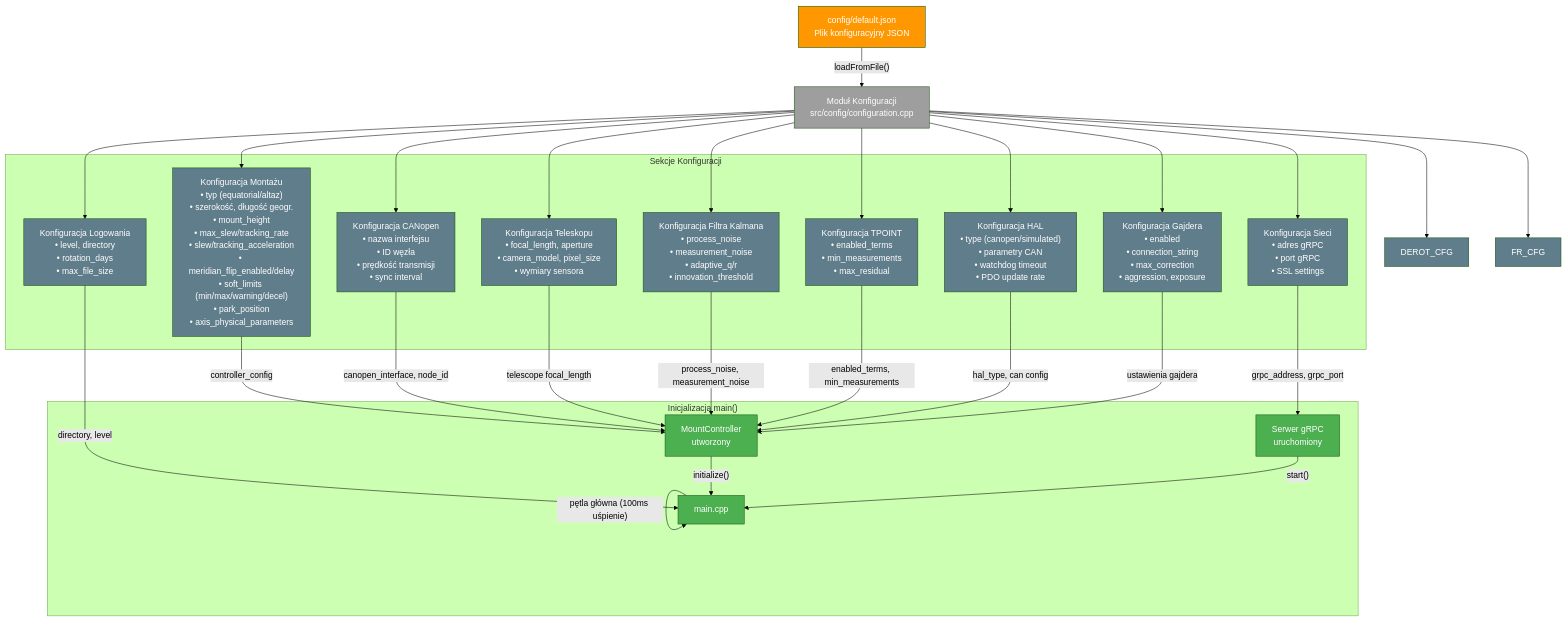
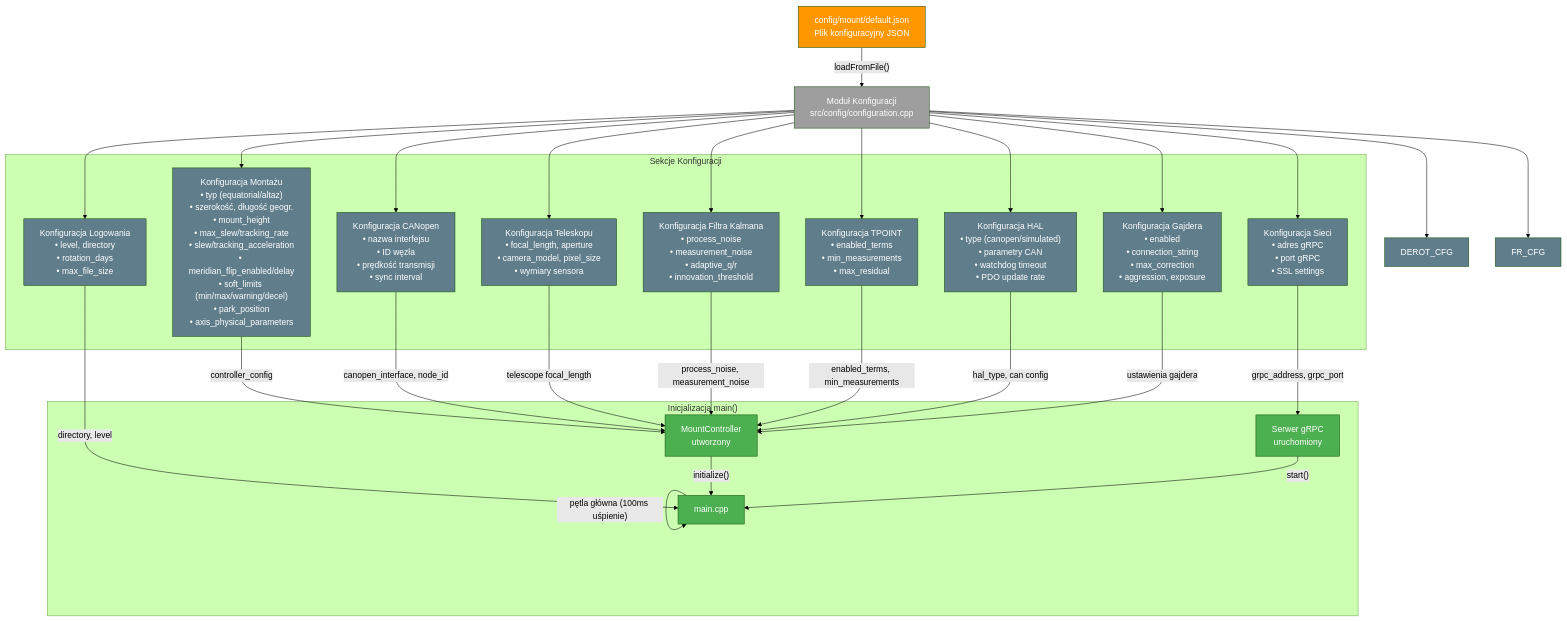
The eighth of 15 diagrams in docs/pl/przeplyw_danych.md (pielaszkiewicz-jacek/astro_mount_control), drawn with Mermaid (forest theme) before and after one commit. The commit also changed 37 other files, not shown here.

````diff
--- a/docs/pl/przeplyw_danych.md
+++ b/docs/pl/przeplyw_danych.md
@@ -408,69 +408,69 @@
 ```mermaid
 flowchart TD
-    FILE["config/default.json<br/>Plik konfiguracyjny JSON"]
+    FILE["config/mount/default.json<br/>Plik konfiguracyjny JSON"]
     
     CFG["Moduł Konfiguracji<br/>src/config/configuration.cpp"]
     
     subgraph ConfigSections["Sekcje Konfiguracji"]
         MOUNT["Konfiguracja Montażu<br/>• typ (equatorial/altaz)<br/>• szerokość, długość geogr.<br/>• mount_height<br/>• max_slew/tracking_rate<br/>• slew/tracking_acceleration<br/>• meridian_flip_enabled/delay<br/>• soft_limits (min/max/warning/decel)<br/>• park_position<br/>• axis_physical_parameters"]
         CAN["Konfiguracja CANopen<br/>• nazwa interfejsu<br/>• ID węzła<br/>• prędkość transmisji<br/>• sync interval"]
         TEL_CFG["Konfiguracja Teleskopu<br/>• focal_length, aperture<br/>• camera_model, pixel_size<br/>• wymiary sensora"]
         KF_CFG["Konfiguracja Filtra Kalmana<br/>• process_noise<br/>• measurement_noise<br/>• adaptive_q/r<br/>• innovation_threshold"]
         TP_CFG["Konfiguracja TPOINT<br/>• enabled_terms<br/>• min_measurements<br/>• max_residual"]
         HAL_CFG["Konfiguracja HAL<br/>• type (canopen/simulated)<br/>• parametry CAN<br/>• watchdog timeout<br/>• PDO update rate"]
         NET["Konfiguracja Sieci<br/>• adres gRPC<br/>• port gRPC<br/>• SSL settings"]
         GUID_CFG["Konfiguracja Gajdera<br/>• enabled<br/>• connection_string<br/>• max_correction<br/>• aggression, exposure"]
         LOG_CFG["Konfiguracja Logowania<br/>• level, directory<br/>• rotation_days<br/>• max_file_size"]
     end
     
     subgraph MainInit["Inicjalizacja main()"]
         MAIN["main.cpp"]
         CONTROLLER["MountController<br/>utworzony"]
         GRPC["Serwer gRPC<br/>uruchomiony"]
     end
     
     FILE -->|"loadFromFile()"| CFG
     
     CFG --> MOUNT
     CFG --> CAN
     CFG --> TEL_CFG
     CFG --> KF_CFG
     CFG --> TP_CFG
     CFG --> DEROT_CFG
     CFG --> FR_CFG
     CFG --> HAL_CFG
     CFG --> NET
     CFG --> GUID_CFG
     CFG --> LOG_CFG
     
     MOUNT -->|"controller_config"| CONTROLLER
     CAN -->|"canopen_interface, node_id"| CONTROLLER
     TEL_CFG -->|"telescope focal_length"| CONTROLLER
     KF_CFG -->|"process_noise, measurement_noise"| CONTROLLER
     TP_CFG -->|"enabled_terms, min_measurements"| CONTROLLER
     HAL_CFG -->|"hal_type, can config"| CONTROLLER
     GUID_CFG -->|"ustawienia gajdera"| CONTROLLER
     NET -->|"grpc_address, grpc_port"| GRPC
     LOG_CFG -->|"directory, level"| MAIN
     
     CONTROLLER -->|"initialize()"| MAIN
     GRPC -->|"start()"| MAIN
     MAIN -->|"pętla główna (100ms uśpienie)"| MAIN
     
     style FILE fill:#FF9800,color:#fff
     style CFG fill:#9E9E9E,color:#fff
     style MOUNT fill:#607D8B,color:#fff
     style CAN fill:#607D8B,color:#fff
     style TEL_CFG fill:#607D8B,color:#fff
     style KF_CFG fill:#607D8B,color:#fff
     style TP_CFG fill:#607D8B,color:#fff
     style DEROT_CFG fill:#607D8B,color:#fff
     style FR_CFG fill:#607D8B,color:#fff
     style HAL_CFG fill:#607D8B,color:#fff
     style NET fill:#607D8B,color:#fff
     style GUID_CFG fill:#607D8B,color:#fff
     style LOG_CFG fill:#607D8B,color:#fff
     style MAIN fill:#4CAF50,color:#fff
     style CONTROLLER fill:#4CAF50,color:#fff
     style GRPC fill:#4CAF50,color:#fff
 ```
````
